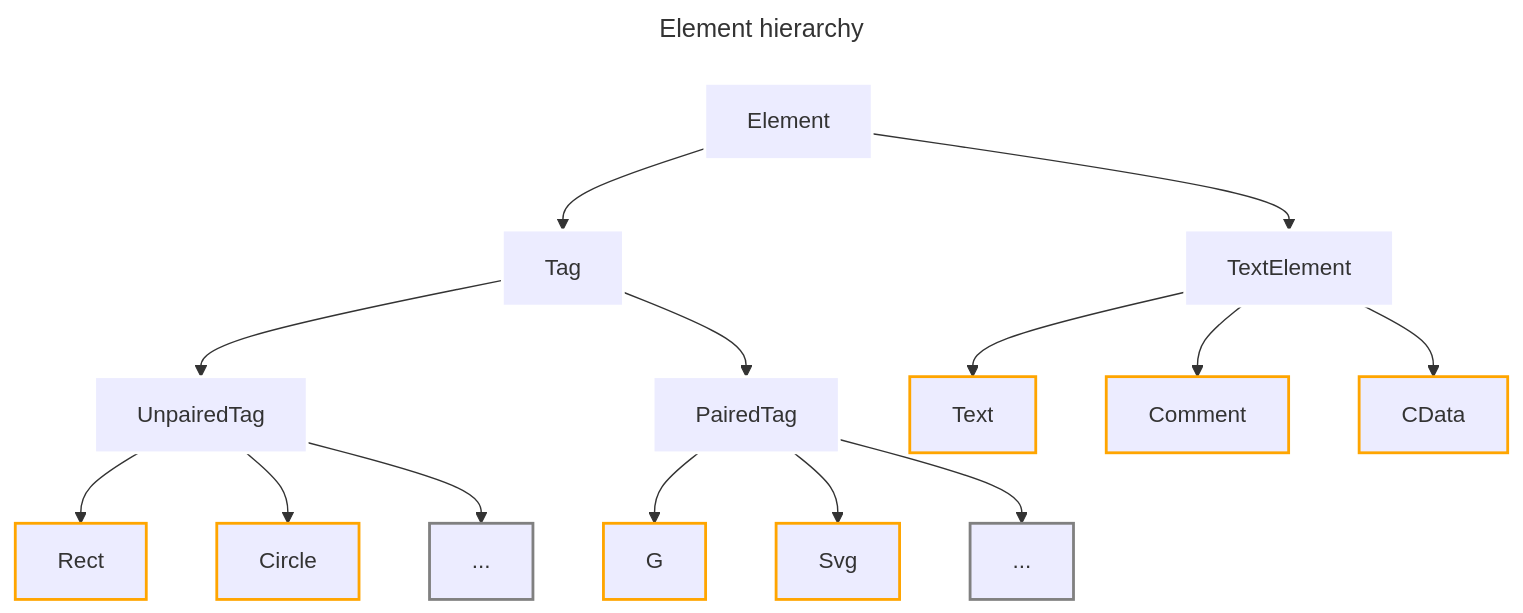
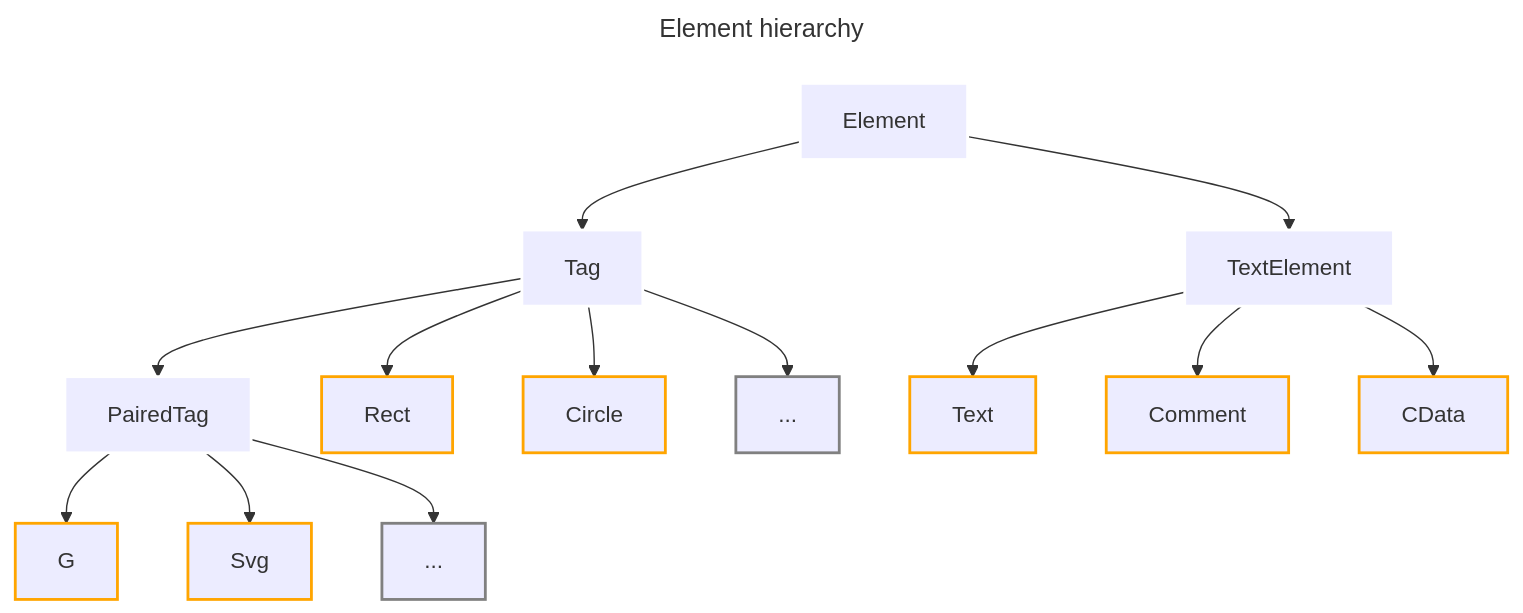
The diagram in README.md (reznakt/svglab), drawn with Mermaid before and after one commit. The commit also changed other lines of this file and 12 other files, not shown here.

````diff
--- a/README.md
+++ b/README.md
@@ -18,31 +17,30 @@
 ```mermaid
 ---
 title: Element hierarchy
 ---
 
 graph TD
   Element:::abc --> TextElement
   Element --> Tag
 
-  Tag:::abc --> UnpairedTag
-  Tag --> PairedTag
+  Tag:::abc --> PairedTag
 
   PairedTag:::abc --> G
   PairedTag --> Svg
   PairedTag --> etc1[...]
 
-  UnpairedTag:::abc --> Rect
-  UnpairedTag --> Circle
-  UnpairedTag --> etc2[...]
+  Tag --> Rect
+  Tag --> Circle
+  Tag --> etc2[...]
 
   TextElement:::abc --> Text
   TextElement --> Comment
   TextElement --> CData
 
   etc1:::etc
   etc2:::etc
 
   classDef abc stroke:white,stroke-width:2px;
   classDef etc stroke:gray,stroke-width:2px;
   classDef default stroke:orange,stroke-width:2px;
 ```
````
